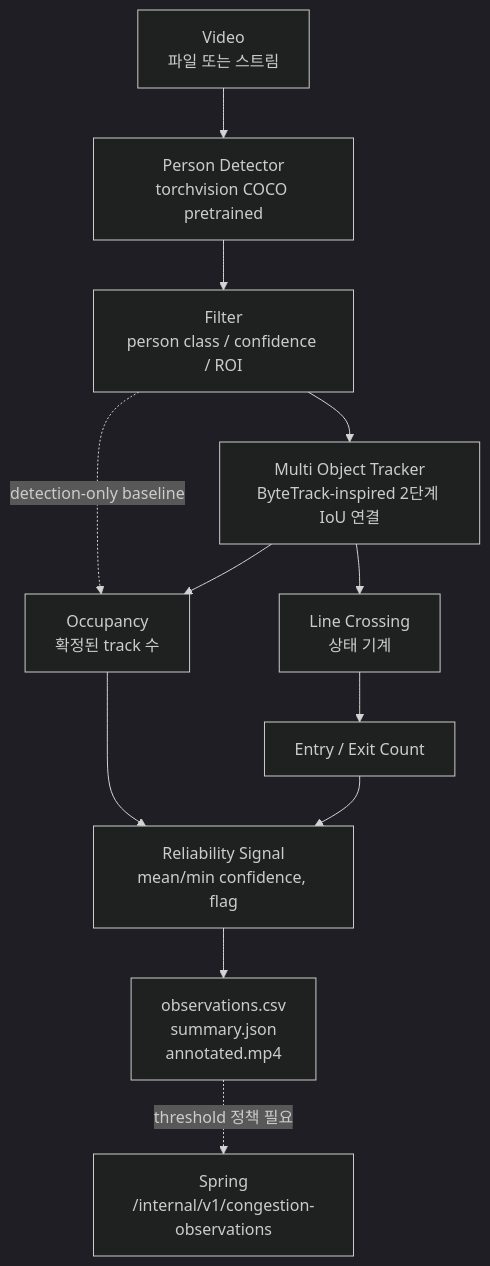
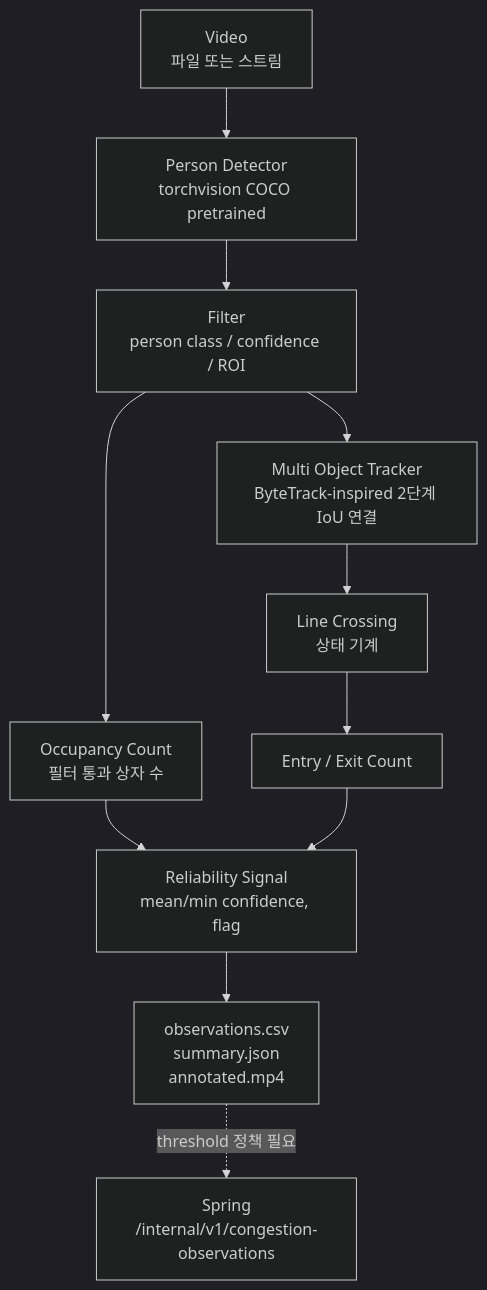
The diagram in research/cctv_counting/README.md (bab-planner/babplanner_ai), drawn with Mermaid (dark theme) before and after one commit. The commit also changed other lines of this file and 16 other files, not shown here.

````diff
--- a/research/cctv_counting/README.md
+++ b/research/cctv_counting/README.md
@@ -74,14 +74,13 @@
 ```mermaid
 flowchart TD
     V[Video<br/>파일 또는 스트림] --> D[Person Detector<br/>torchvision COCO pretrained]
     D --> F[Filter<br/>person class / confidence / ROI]
+    F --> O1[Occupancy Count<br/>필터 통과 상자 수]
     F --> T[Multi Object Tracker<br/>ByteTrack-inspired 2단계 IoU 연결]
-    F -.detection-only baseline.-> O1
-    T --> O1[Occupancy<br/>확정된 track 수]
     T --> C[Line Crossing<br/>상태 기계]
     C --> E[Entry / Exit Count]
     O1 --> R[Reliability Signal<br/>mean/min confidence, flag]
     E --> R
     R --> OUT[observations.csv<br/>summary.json<br/>annotated.mp4]
     OUT -.threshold 정책 필요.-> S[Spring<br/>/internal/v1/congestion-observations]
 ```
````
